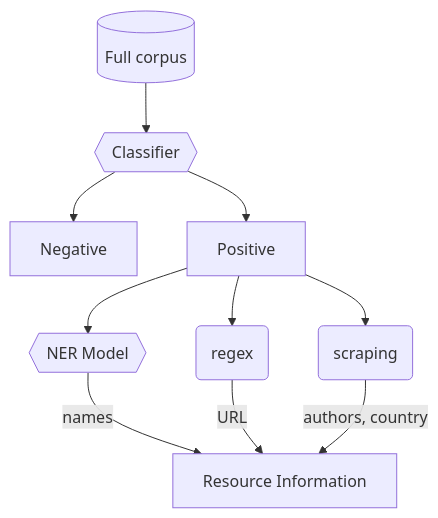
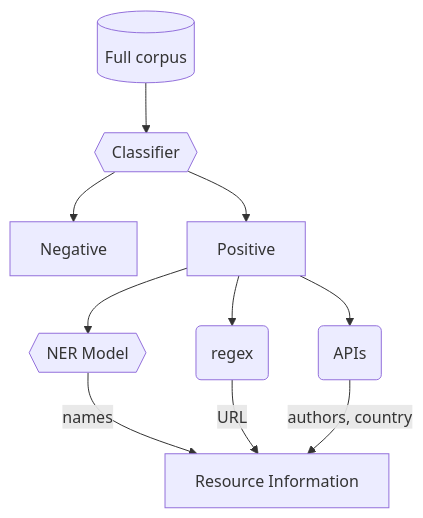
One commit to globalbiodata/inventory_2022 changed the fourth of 4 diagrams in README.md. Above: the diagram before and after it, drawn with Mermaid.

Commit message:
correct scraiping to APIs

````diff
--- a/README.md
+++ b/README.md
@@ -73,13 +73,13 @@
 ```mermaid
 graph TD
     corpus[(Full corpus)]
     corpus --> classifier{{Classifier}}
     classifier --> neg[Negative]
     classifier --> pos[Positive]
     pos --> ner{{NER Model}}
     pos --> regex(regex)
-    pos --> scrape(scraping)
+    pos --> scrape(APIs)
     ner -- names --> attr[Resource Information]
     regex -- URL --> attr
     scrape -- authors, country --> attr
 ```
````
